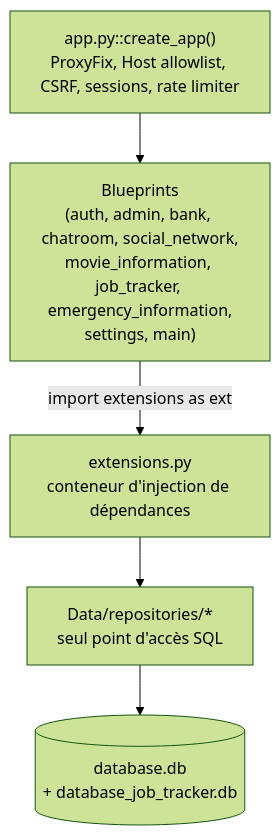
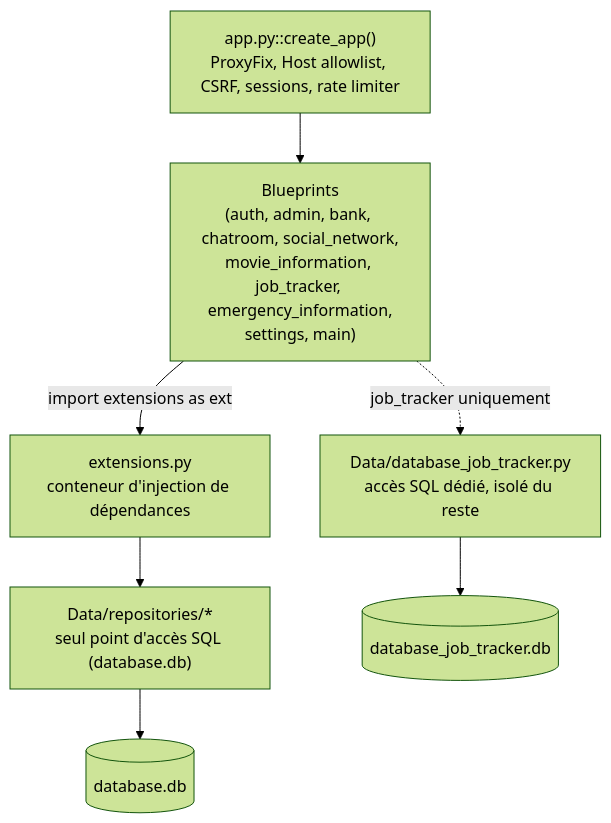
One commit to titou4n/titouservice changed the second of 2 diagrams in README.md. Above: the diagram before and after it, drawn with Mermaid (forest theme). The commit also changed other lines of this file and 13 other files, not shown here.

Commit message:
fix job tracker + edit requirement + README (#24)

````diff
--- a/README.md
+++ b/README.md
@@ -92,13 +93,17 @@
 ```mermaid
 flowchart TB
     APP["app.py::create_app()<br/>ProxyFix, Host allowlist, CSRF, sessions, rate limiter"]
     EXT["extensions.py<br/>conteneur d'injection de dépendances"]
     BP["Blueprints<br/>(auth, admin, bank, chatroom, social_network,<br/>movie_information, job_tracker, emergency_information,<br/>settings, main)"]
-    REPO["Data/repositories/*<br/>seul point d'accès SQL"]
-    DB[("database.db<br/>+ database_job_tracker.db")]
+    REPO["Data/repositories/*<br/>seul point d'accès SQL (database.db)"]
+    JT["Data/database_job_tracker.py<br/>accès SQL dédié, isolé du reste"]
+    DB[("database.db")]
+    DBJT[("database_job_tracker.db")]
 
     APP --> BP
     BP -->|import extensions as ext| EXT
     EXT --> REPO
     REPO --> DB
+    BP -.->|job_tracker uniquement| JT
+    JT --> DBJT
 ```
````
